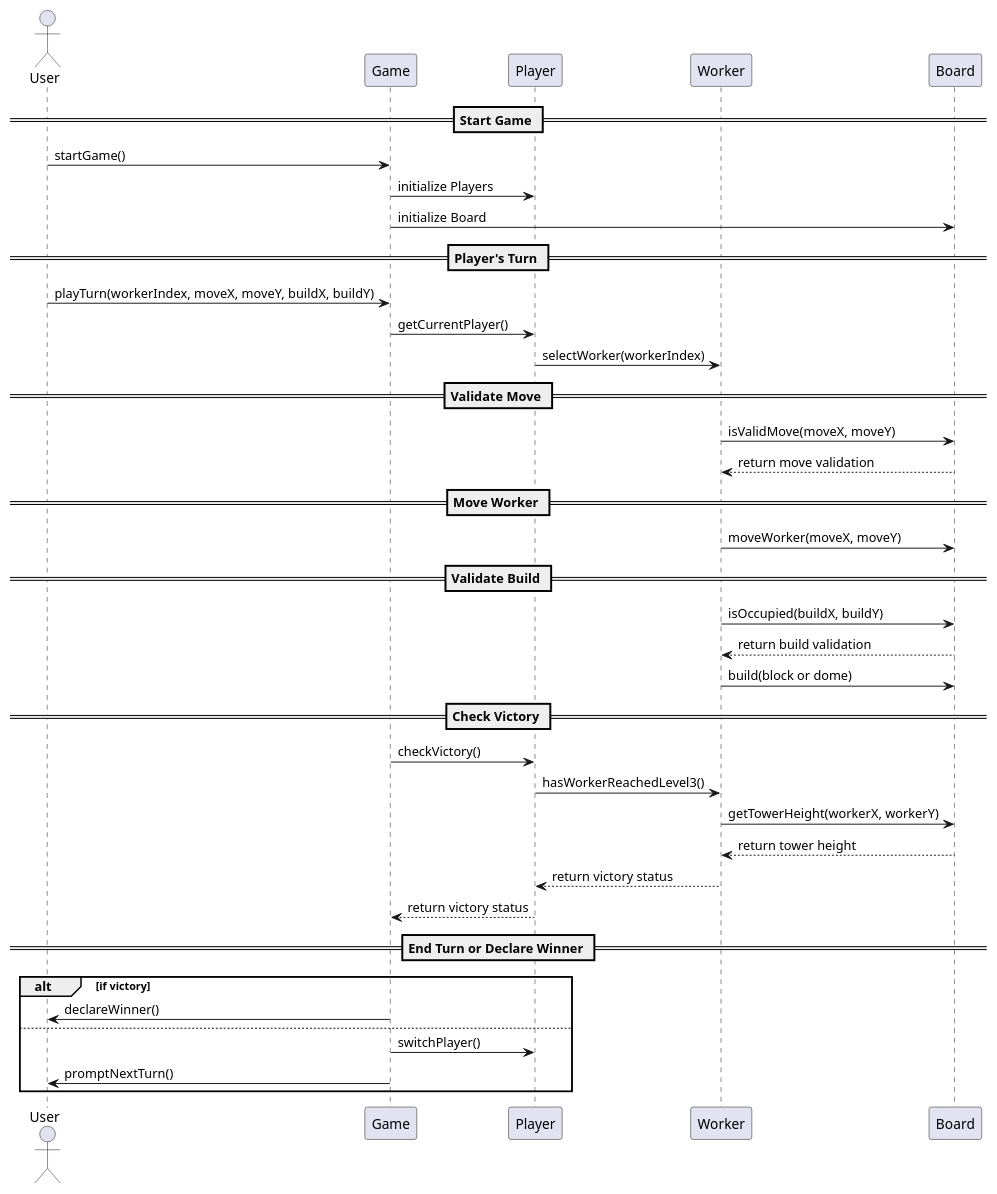
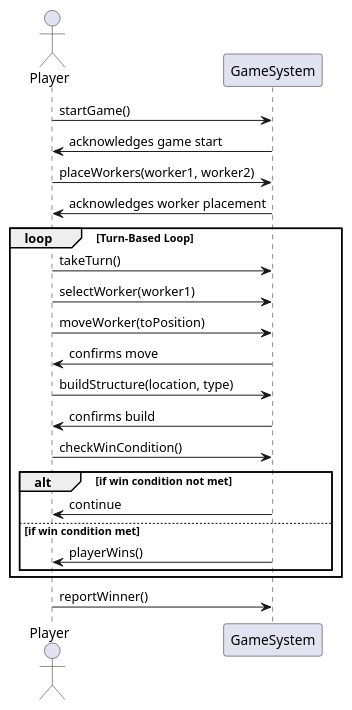
Before and after one commit to Elon-M08/hw2a: the diagram in hw2a/2-System Sequence Diagram.puml, drawn with PlantUML. The commit also changed 8 other files, not shown here.

Commit message:
update the domain model, system sequence diagram and contract acoording to feedback.

```diff
--- a/hw2a/2-System Sequence Diagram.puml
+++ b/hw2a/2-System Sequence Diagram.puml
@@ -1,46 +1,28 @@
 @startuml
-actor User
+actor Player
 
-participant "Game" as G
-participant "Player" as P
-participant "Worker" as W
-participant "Board" as B
+Player -> GameSystem : startGame()
+GameSystem -> Player : acknowledges game start
 
-== Start Game ==
-User -> G: startGame()
-G -> P: initialize Players
-G -> B: initialize Board
+Player -> GameSystem : placeWorkers(worker1, worker2)
+GameSystem -> Player : acknowledges worker placement
 
-== Player's Turn ==
-User -> G: playTurn(workerIndex, moveX, moveY, buildX, buildY)
-G -> P: getCurrentPlayer()
-P -> W: selectWorker(workerIndex)
+loop Turn-Based Loop
+    Player -> GameSystem : takeTurn()
+    Player -> GameSystem : selectWorker(worker1)
+    Player -> GameSystem : moveWorker(toPosition)
+    GameSystem -> Player : confirms move
 
-== Validate Move ==
-W -> B: isValidMove(moveX, moveY)
-B --> W: return move validation
+    Player -> GameSystem : buildStructure(location, type)
+    GameSystem -> Player : confirms build
 
-== Move Worker ==
-W -> B: moveWorker(moveX, moveY)
+    Player -> GameSystem : checkWinCondition()
+    alt if win condition not met
+        GameSystem -> Player : continue
+    else if win condition met
+        GameSystem -> Player : playerWins()
+    end
+end
 
-== Validate Build ==
-W -> B: isOccupied(buildX, buildY)
-B --> W: return build validation
-W -> B: build(block or dome)
-
-== Check Victory ==
-G -> P: checkVictory()
-P -> W: hasWorkerReachedLevel3()
-W -> B: getTowerHeight(workerX, workerY)
-B --> W: return tower height
-W --> P: return victory status
-P --> G: return victory status
-
-== End Turn or Declare Winner ==
-alt if victory
-    G -> User: declareWinner()
-else
-    G -> P: switchPlayer()
-    G -> User: promptNextTurn()
-end
+Player -> GameSystem : reportWinner()
 @enduml
```
